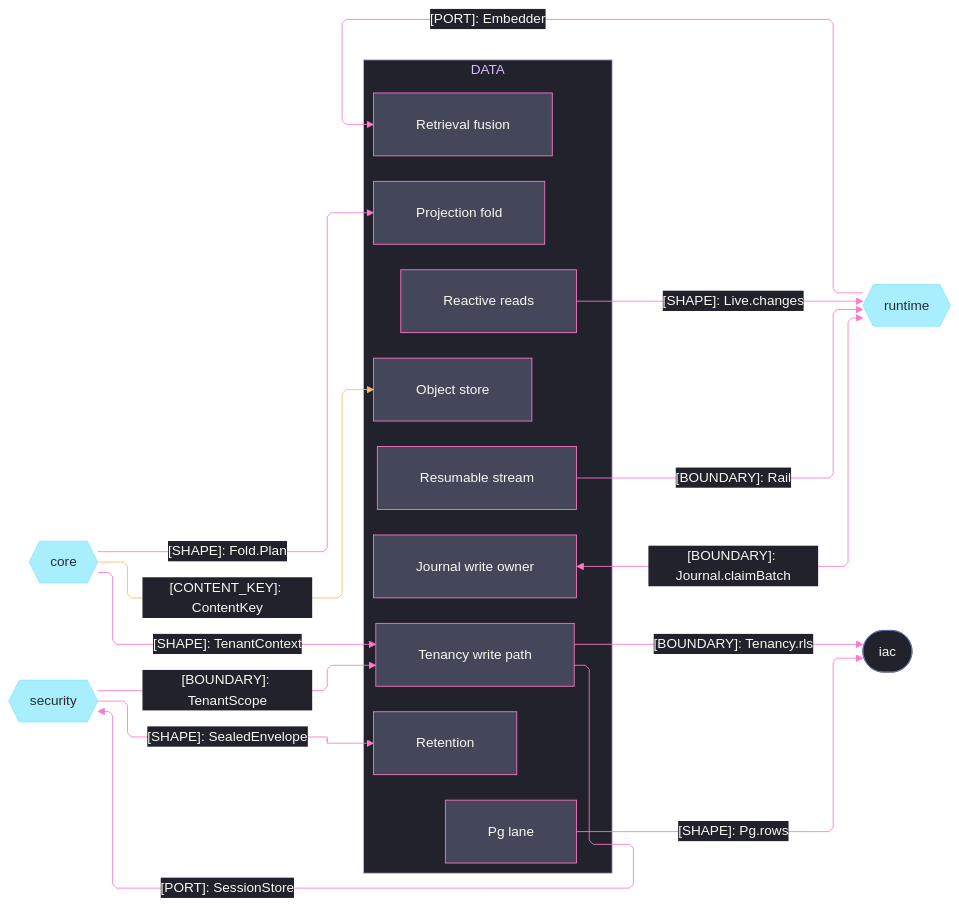
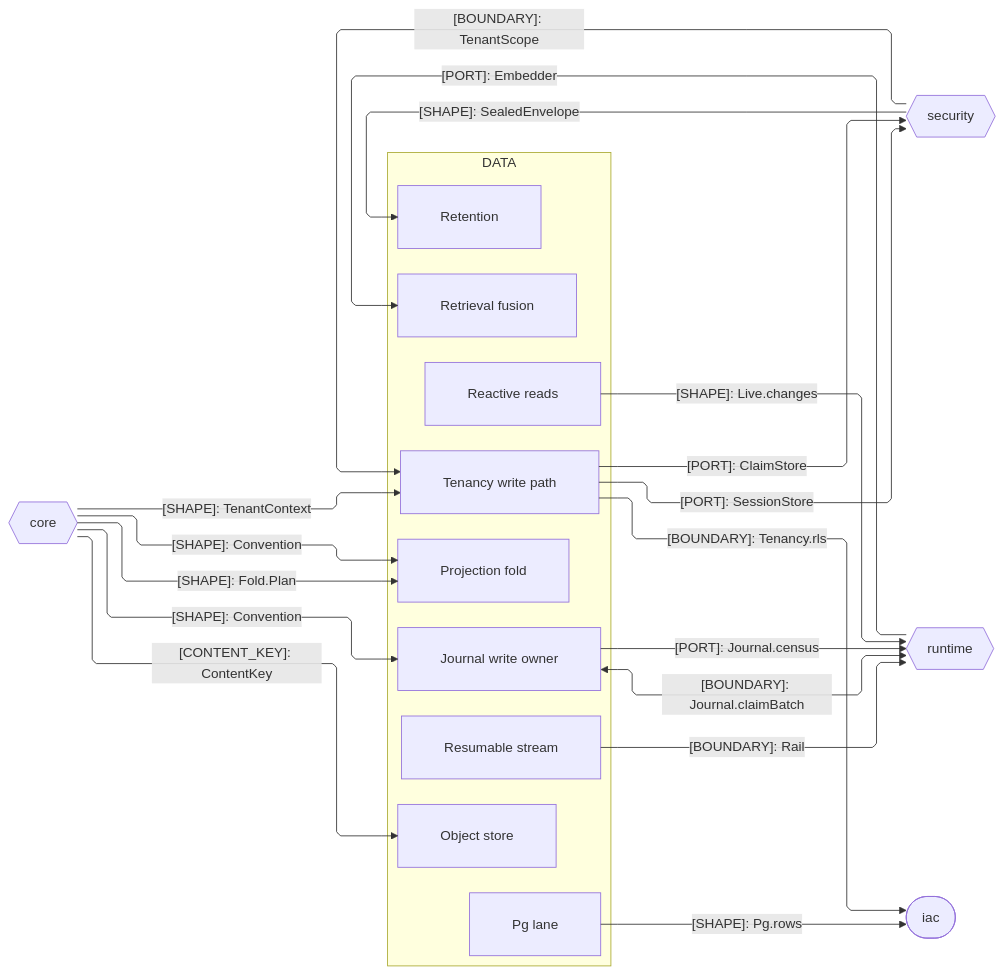
The second of 2 diagrams in libs/typescript/data/ARCHITECTURE.md (bsamiee/Rasm), drawn with Mermaid before and after one commit. The commit also changed other lines of this file and 460 other files, not shown here.

````diff
--- a/libs/typescript/data/ARCHITECTURE.md
+++ b/libs/typescript/data/ARCHITECTURE.md
@@ -124,68 +97,43 @@
 ```mermaid
 ---
 config:
-  theme: base
-  look: classic
   layout: elk
   flowchart:
     curve: linear
     padding: 25
-  themeVariables:
-    darkMode: true
-    fontFamily: "SF Mono, Menlo, Cascadia Mono, Segoe UI Mono, Consolas, monospace"
-    useGradient: false
-    dropShadow: "none"
-    background: "#282A36"
-    primaryColor: "#44475A"
-    primaryTextColor: "#F8F8F2"
-    primaryBorderColor: "#BD93F9"
-    lineColor: "#FF79C6"
-    textColor: "#F8F8F2"
-    clusterBkg: "#21222C"
-    clusterBorder: "#D6BCFA"
-    edgeLabelBackground: "#21222C"
-    labelBackgroundColor: "#21222C"
-    titleColor: "#D6BCFA"
-  themeCSS: ".nodeLabel{font-size:13px;font-weight:500}.edgeLabel{font-size:12px;font-weight:500}.cluster-label .nodeLabel{font-size:13.5px;font-weight:700;letter-spacing:.08em}.edge-thickness-normal{stroke-width:2px}.edge-thickness-thick{stroke-width:3px}.edge-pattern-dashed,.edge-pattern-dotted{stroke-width:1.5px;stroke-dasharray:4 6}.node rect,.node circle,.node polygon,.node path,.node .outer-path{stroke-width:1.5px;filter:none!important}.cluster rect{stroke-width:1px!important;stroke-dasharray:5 4!important;filter:none!important}.marker path{transform:scale(.8);transform-origin:5px 5px}.marker circle{transform:scale(.48);transform-origin:5px 5px}.edgeLabel rect{transform-box:fill-box;transform-origin:center;transform:scale(1.1,1.2)}"
 ---
 flowchart LR
     accTitle: Data package seam registry
     accDescr: Data sub-domain owners exchanging content keys, tenancy, custody, and reactive shapes with the core, security, runtime, and IaC packages, edge rails colored by kind and nodes classed by seam direction.
     subgraph data[DATA]
         Fold[Projection fold]
         Store[Object store]
         Tenant[Tenancy write path]
         Retain[Retention]
         Append[Journal write owner]
         Live[Reactive reads]
         Stream[Resumable stream]
         Search[Retrieval fusion]
         Postgres[Pg lane]
     end
     Core{{core}}
     Security{{security}}
     Runtime{{runtime}}
     Iac([iac])
     Core e1@-->|"[SHAPE]: Fold.Plan"| Fold
     Core e2@-->|"[CONTENT_KEY]: ContentKey"| Store
     Core e3@-->|"[SHAPE]: TenantContext"| Tenant
     Tenant e4@-->|"[PORT]: SessionStore"| Security
     Security e5@-->|"[BOUNDARY]: TenantScope"| Tenant
     Security e6@-->|"[SHAPE]: SealedEnvelope"| Retain
     Append e7@<-->|"[BOUNDARY]: Journal.claimBatch"| Runtime
     Live e8@-->|"[SHAPE]: Live.changes"| Runtime
     Stream e9@-->|"[BOUNDARY]: Rail"| Runtime
     Runtime e10@-->|"[PORT]: Embedder"| Search
     Postgres e11@-->|"[SHAPE]: Pg.rows"| Iac
     Tenant e12@-->|"[BOUNDARY]: Tenancy.rls"| Iac
-    classDef primary fill:#44475A,stroke:#FF79C6,color:#F8F8F2
-    classDef external fill:#8BE9FDBF,stroke:#8BE9FD,color:#282A36
-    classDef recessed fill:#21222C,stroke:#6272A4,color:#F8F8F2
-    classDef edgeData stroke:#FFB86C,color:#F8F8F2
-    classDef edgeControl stroke:#FF79C6,color:#F8F8F2
-    class Fold,Store,Tenant,Retain,Append,Live,Stream,Search,Postgres primary
-    class Core,Security,Runtime external
-    class Iac recessed
-    class e2 edgeData
-    class e1,e3,e4,e5,e6,e7,e8,e9,e10,e11,e12 edgeControl
+    Core e13@-->|"[SHAPE]: Convention"| Append
+    Core e14@-->|"[SHAPE]: Convention"| Fold
+    Append e15@-->|"[PORT]: Journal.census"| Runtime
+    Tenant e16@-->|"[PORT]: ClaimStore"| Security
 ```
````
